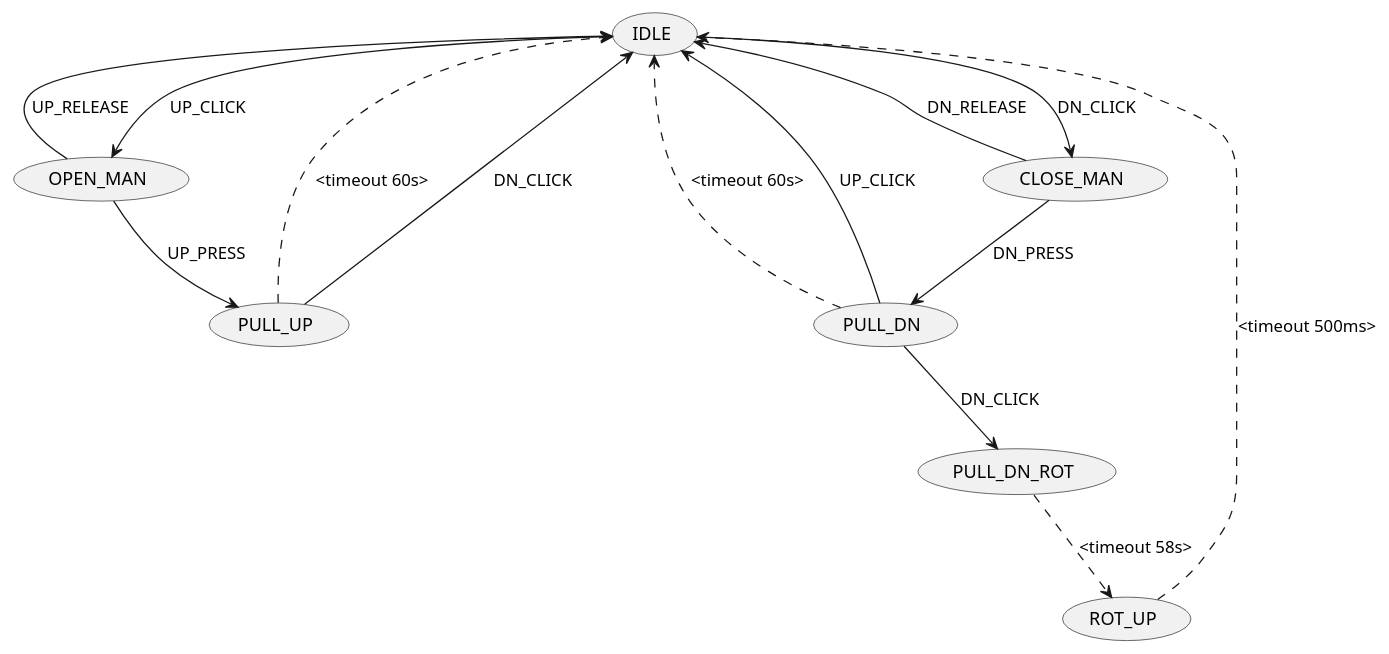
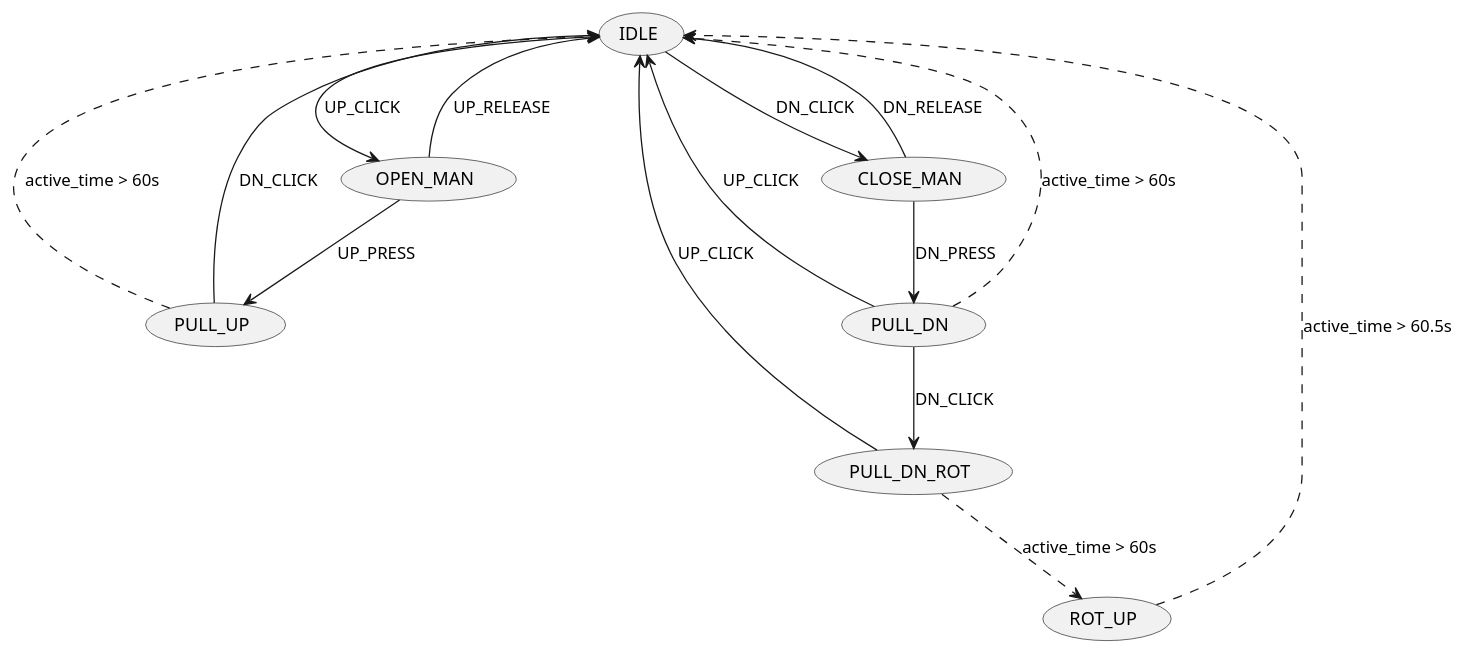
One commit to JosefJerabek/shuttercontrol changed the second of 2 diagrams in README.md. Above: the diagram before and after it, drawn with PlantUML.

Commit message:
New tranzition map model.

````diff
--- a/README.md
+++ b/README.md
@@ -82,19 +82,20 @@
 ```plantuml
 @startuml
 (IDLE) --> (OPEN_MAN): UP_CLICK
 (OPEN_MAN) --> (IDLE): UP_RELEASE
 (OPEN_MAN) --> (PULL_UP): UP_PRESS
-(PULL_UP) ..> IDLE: <timeout 60s>
+(PULL_UP) ..> IDLE: active_time > 60s
 (PULL_UP) --> IDLE: DN_CLICK
 
 (IDLE) --> (CLOSE_MAN): DN_CLICK
 (CLOSE_MAN) --> (IDLE): DN_RELEASE
 (CLOSE_MAN) --> (PULL_DN): DN_PRESS
-(PULL_DN) ..> IDLE: <timeout 60s>
+(PULL_DN) ..> IDLE: active_time > 60s
 (PULL_DN) --> IDLE: UP_CLICK
 
 (PULL_DN) --> (PULL_DN_ROT): DN_CLICK
-(PULL_DN_ROT) ..> (ROT_UP): <timeout 58s>
-(ROT_UP) ..> (IDLE): <timeout 500ms>
+(PULL_DN_ROT) ..> (ROT_UP): active_time > 60s
+(PULL_DN_ROT) --> IDLE: UP_CLICK
+(ROT_UP) ..> (IDLE): active_time > 60.5s 
 @enduml
 ```
````
